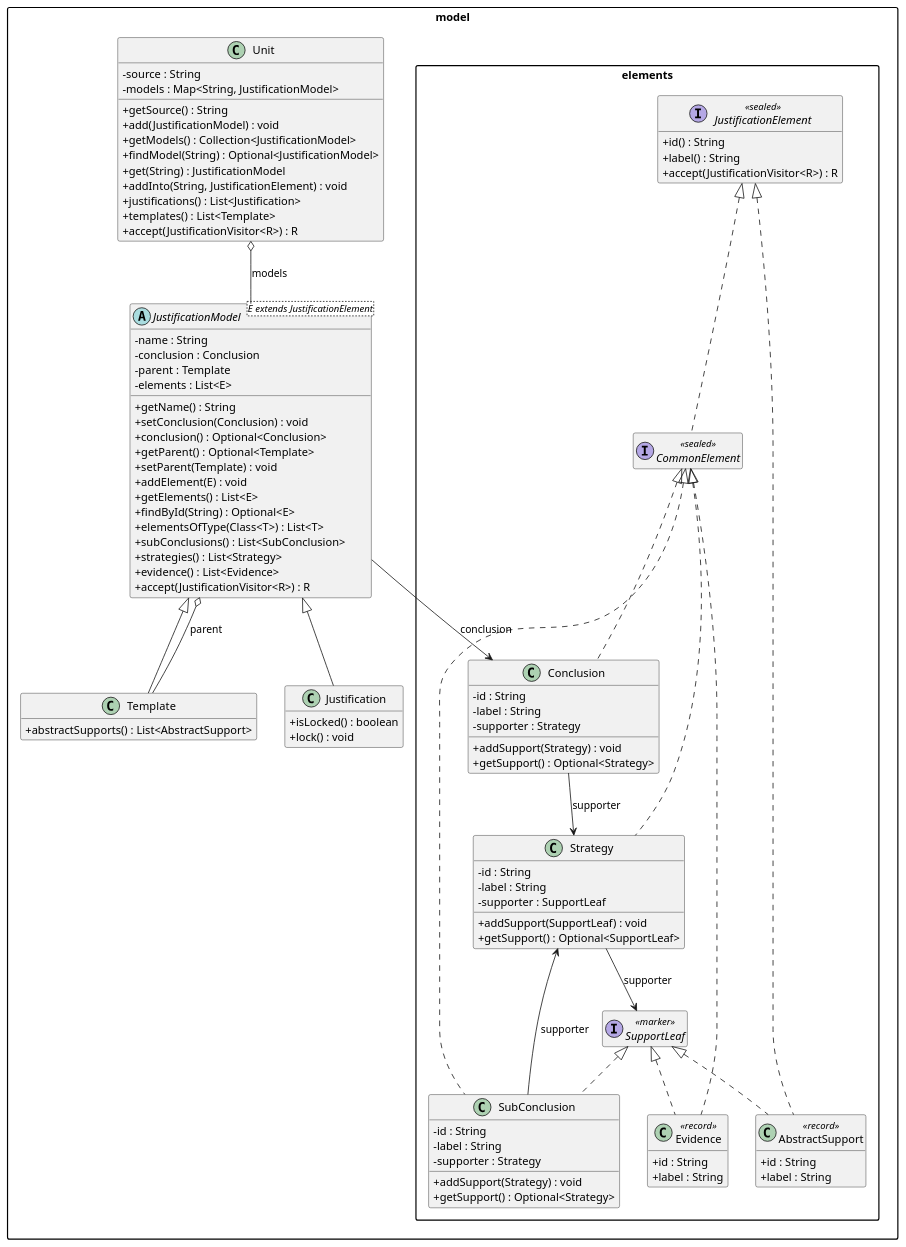
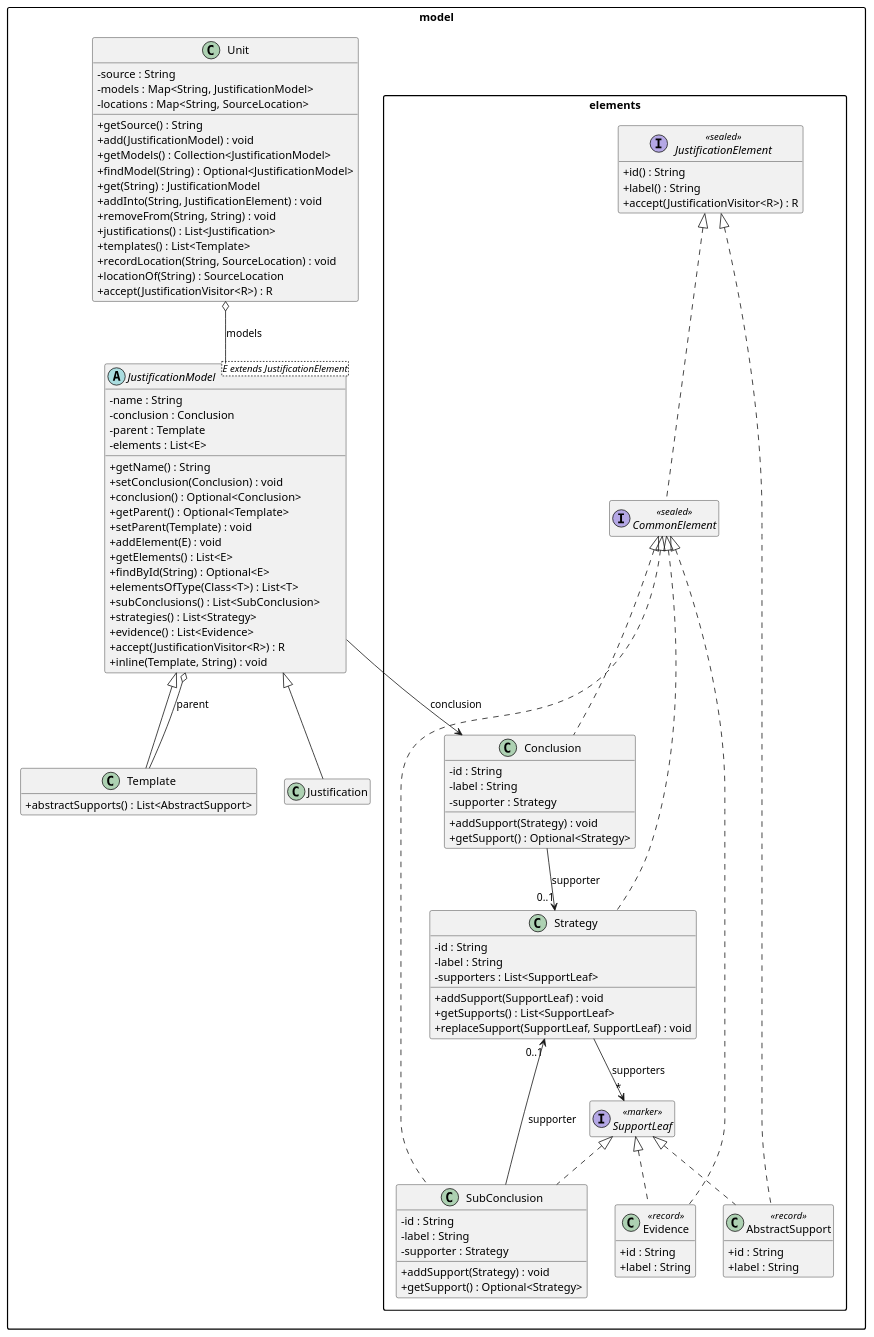
The first of 3 diagrams in docs/design/model.md (jpipe-mcscert/jpipe-compiler), drawn with PlantUML before and after one commit. The commit also changed other lines of this file, not shown here.

Commit message:
docs: update design model to reflect multi-supporter strategy refactoring

```diff
--- a/docs/design/model.md
+++ b/docs/design/model.md
@@ -59,9 +59,10 @@
   class Strategy {
     - id : String
     - label : String
-    - supporter : SupportLeaf
+    - supporters : List<SupportLeaf>
     + addSupport(SupportLeaf) : void
-    + getSupport() : Optional<SupportLeaf>
+    + getSupports() : List<SupportLeaf>
+    + replaceSupport(SupportLeaf, SupportLeaf) : void
   }
 
   class Evidence <<record>> {
@@ -86,9 +87,9 @@
   SupportLeaf <|.. Evidence
   SupportLeaf <|.. AbstractSupport
 
-  Conclusion    --> Strategy    : supporter
-  SubConclusion --> Strategy    : supporter
-  Strategy      --> SupportLeaf : supporter
+  Conclusion    --> "0..1" Strategy    : supporter
+  SubConclusion --> "0..1" Strategy    : supporter
+  Strategy      --> "*" SupportLeaf : supporters
 }
 
 package "model" {
@@ -111,13 +112,10 @@
     + strategies() : List<Strategy>
     + evidence() : List<Evidence>
     + accept(JustificationVisitor<R>) : R
+    + inline(Template, String) : void
   }
 
-  class Justification {
-    + isLocked() : boolean
-    + lock() : void
-  }
-
+  class Justification
   class Template {
     + abstractSupports() : List<AbstractSupport>
   }
@@ -125,14 +123,18 @@
   class Unit {
     - source : String
     - models : Map<String, JustificationModel>
+    - locations : Map<String, SourceLocation>
     + getSource() : String
     + add(JustificationModel) : void
     + getModels() : Collection<JustificationModel>
     + findModel(String) : Optional<JustificationModel>
     + get(String) : JustificationModel
     + addInto(String, JustificationElement) : void
+    + removeFrom(String, String) : void
     + justifications() : List<Justification>
     + templates() : List<Template>
+    + recordLocation(String, SourceLocation) : void
+    + locationOf(String) : SourceLocation
     + accept(JustificationVisitor<R>) : R
   }
 
```
